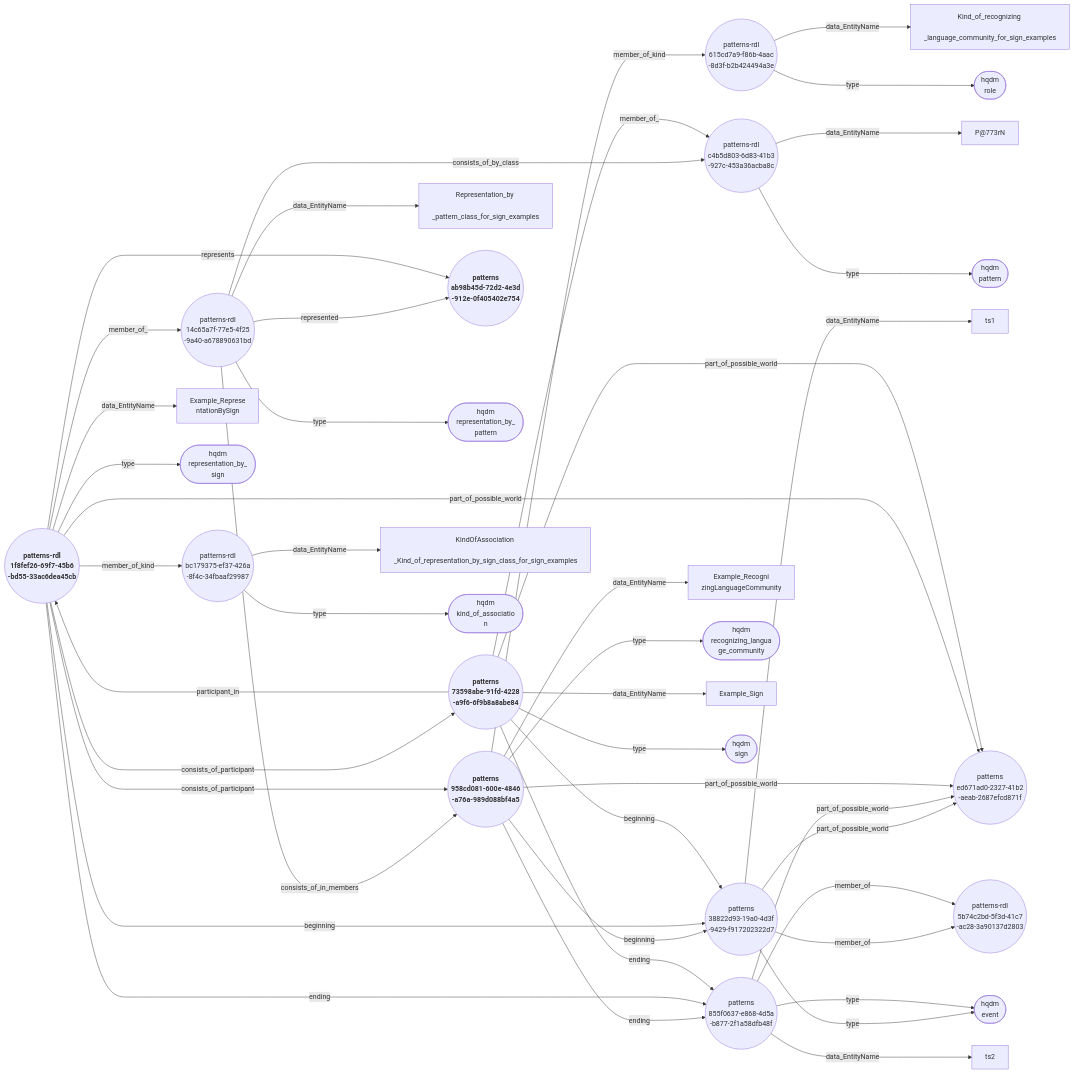
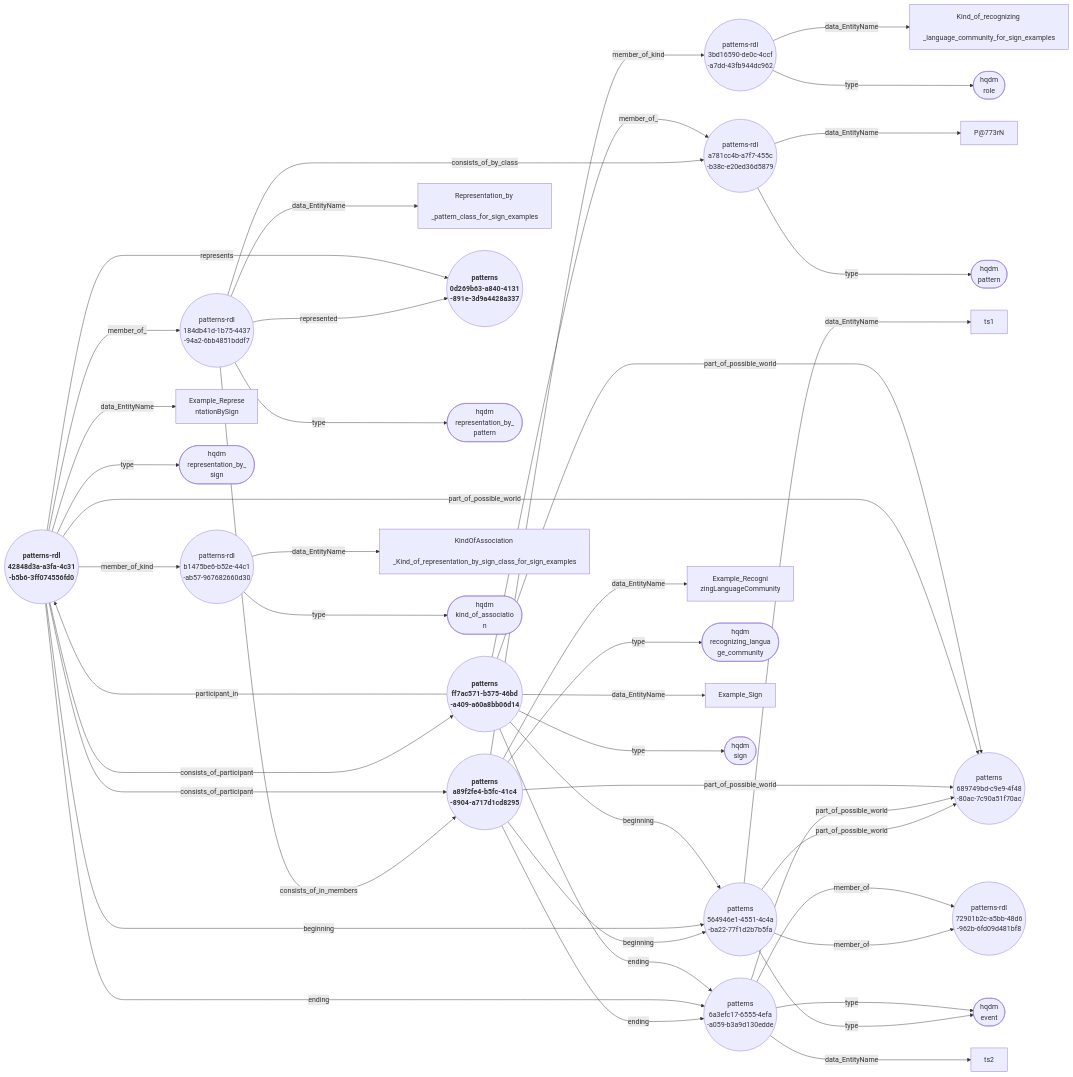
The diagram in docs/extras/example-files/genericRepresentationBySignAndParticipantsFullNodeEdgeGraph.mermaid (ClimbingAl/HqdmPatterns), drawn with Mermaid before and after one commit. The commit also changed 56 other files, not shown here.

Commit message:
System additions prior to adding stviewer-generated spacetime charts.

````diff
--- a/docs/extras/example-files/genericRepresentationBySignAndParticipantsFullNodeEdgeGraph.mermaid
+++ b/docs/extras/example-files/genericRepresentationBySignAndParticipantsFullNodeEdgeGraph.mermaid
@@ -1,45 +1,45 @@
 ``` mermaid
 graph LR
-  c4b5d803-6d83-41b3-927c-453a36acba8c(("patterns-rdl <br> c4b5d803-6d83-41b3 <br> -927c-453a36acba8c"))--->|"data_EntityName"|Pa773rN["P@773rN"];
-  c4b5d803-6d83-41b3-927c-453a36acba8c(("patterns-rdl <br> c4b5d803-6d83-41b3 <br> -927c-453a36acba8c"))--->|"type"|pattern(["hqdm <br> pattern"]);
-  615cd7a9-f86b-4aac-8d3f-b2b424494a3e(("patterns-rdl <br> 615cd7a9-f86b-4aac <br> -8d3f-b2b424494a3e"))--->|"data_EntityName"|Kind_of_recognizing_language_community_for_sign_examples["Kind_of_recognizing <br> _language_community_for_sign_examples"];
-  615cd7a9-f86b-4aac-8d3f-b2b424494a3e(("patterns-rdl <br> 615cd7a9-f86b-4aac <br> -8d3f-b2b424494a3e"))--->|"type"|role(["hqdm <br> role"]);
-  38822d93-19a0-4d3f-9429-f917202322d7(("patterns <br> 38822d93-19a0-4d3f <br> -9429-f917202322d7"))--->|"part_of_possible_world"|ed671ad0-2327-41b2-aeab-2687efcd871f(("patterns <br> ed671ad0-2327-41b2 <br> -aeab-2687efcd871f"));
-  38822d93-19a0-4d3f-9429-f917202322d7(("patterns <br> 38822d93-19a0-4d3f <br> -9429-f917202322d7"))--->|"member_of"|5b74c2bd-5f3d-41c7-ac28-3a90137d2803(("patterns-rdl <br> 5b74c2bd-5f3d-41c7 <br> -ac28-3a90137d2803"));
-  38822d93-19a0-4d3f-9429-f917202322d7(("patterns <br> 38822d93-19a0-4d3f <br> -9429-f917202322d7"))--->|"data_EntityName"|ts1["ts1"];
-  38822d93-19a0-4d3f-9429-f917202322d7(("patterns <br> 38822d93-19a0-4d3f <br> -9429-f917202322d7"))--->|"type"|event(["hqdm <br> event"]);
-  855f0637-e868-4d5a-b877-2f1a58dfb48f(("patterns <br> 855f0637-e868-4d5a <br> -b877-2f1a58dfb48f"))--->|"part_of_possible_world"|ed671ad0-2327-41b2-aeab-2687efcd871f(("patterns <br> ed671ad0-2327-41b2 <br> -aeab-2687efcd871f"));
-  855f0637-e868-4d5a-b877-2f1a58dfb48f(("patterns <br> 855f0637-e868-4d5a <br> -b877-2f1a58dfb48f"))--->|"member_of"|5b74c2bd-5f3d-41c7-ac28-3a90137d2803(("patterns-rdl <br> 5b74c2bd-5f3d-41c7 <br> -ac28-3a90137d2803"));
-  855f0637-e868-4d5a-b877-2f1a58dfb48f(("patterns <br> 855f0637-e868-4d5a <br> -b877-2f1a58dfb48f"))--->|"data_EntityName"|ts2["ts2"];
-  855f0637-e868-4d5a-b877-2f1a58dfb48f(("patterns <br> 855f0637-e868-4d5a <br> -b877-2f1a58dfb48f"))--->|"type"|event(["hqdm <br> event"]);
-  958cd081-600e-4846-a76a-989d088bf4a5(("<b> patterns <br> 958cd081-600e-4846 <br> -a76a-989d088bf4a5"))--->|"beginning"|38822d93-19a0-4d3f-9429-f917202322d7(("patterns <br> 38822d93-19a0-4d3f <br> -9429-f917202322d7"));
-  958cd081-600e-4846-a76a-989d088bf4a5(("<b> patterns <br> 958cd081-600e-4846 <br> -a76a-989d088bf4a5"))--->|"member_of_kind"|615cd7a9-f86b-4aac-8d3f-b2b424494a3e(("patterns-rdl <br> 615cd7a9-f86b-4aac <br> -8d3f-b2b424494a3e"));
-  958cd081-600e-4846-a76a-989d088bf4a5(("<b> patterns <br> 958cd081-600e-4846 <br> -a76a-989d088bf4a5"))--->|"part_of_possible_world"|ed671ad0-2327-41b2-aeab-2687efcd871f(("patterns <br> ed671ad0-2327-41b2 <br> -aeab-2687efcd871f"));
-  958cd081-600e-4846-a76a-989d088bf4a5(("<b> patterns <br> 958cd081-600e-4846 <br> -a76a-989d088bf4a5"))--->|"data_EntityName"|Example_RecognizingLanguageCommunity["Example_Recogni <br> zingLanguageCommunity"];
-  958cd081-600e-4846-a76a-989d088bf4a5(("<b> patterns <br> 958cd081-600e-4846 <br> -a76a-989d088bf4a5"))--->|"ending"|855f0637-e868-4d5a-b877-2f1a58dfb48f(("patterns <br> 855f0637-e868-4d5a <br> -b877-2f1a58dfb48f"));
-  958cd081-600e-4846-a76a-989d088bf4a5(("<b> patterns <br> 958cd081-600e-4846 <br> -a76a-989d088bf4a5"))--->|"type"|recognizing_language_community(["hqdm <br> recognizing_langua <br> ge_community"]);
-  14c65a7f-77e5-4f25-9a40-a678890631bd(("patterns-rdl <br> 14c65a7f-77e5-4f25 <br> -9a40-a678890631bd"))--->|"consists_of_by_class"|c4b5d803-6d83-41b3-927c-453a36acba8c(("patterns-rdl <br> c4b5d803-6d83-41b3 <br> -927c-453a36acba8c"));
-  14c65a7f-77e5-4f25-9a40-a678890631bd(("patterns-rdl <br> 14c65a7f-77e5-4f25 <br> -9a40-a678890631bd"))--->|"consists_of_in_members"|958cd081-600e-4846-a76a-989d088bf4a5(("<b> patterns <br> 958cd081-600e-4846 <br> -a76a-989d088bf4a5"));
-  14c65a7f-77e5-4f25-9a40-a678890631bd(("patterns-rdl <br> 14c65a7f-77e5-4f25 <br> -9a40-a678890631bd"))--->|"data_EntityName"|Representation_by_pattern_class_for_sign_examples["Representation_by <br> _pattern_class_for_sign_examples"];
-  14c65a7f-77e5-4f25-9a40-a678890631bd(("patterns-rdl <br> 14c65a7f-77e5-4f25 <br> -9a40-a678890631bd"))--->|"represented"|ab98b45d-72d2-4e3d-912e-0f405402e754(("<b> patterns <br> ab98b45d-72d2-4e3d <br> -912e-0f405402e754"));
-  14c65a7f-77e5-4f25-9a40-a678890631bd(("patterns-rdl <br> 14c65a7f-77e5-4f25 <br> -9a40-a678890631bd"))--->|"type"|representation_by_pattern(["hqdm <br> representation_by_ <br> pattern"]);
-  1f8fef26-69f7-45b6-bd55-33ac6dea45cb(("<b> patterns-rdl <br> 1f8fef26-69f7-45b6 <br> -bd55-33ac6dea45cb"))--->|"represents"|ab98b45d-72d2-4e3d-912e-0f405402e754(("<b> patterns <br> ab98b45d-72d2-4e3d <br> -912e-0f405402e754"));
-  1f8fef26-69f7-45b6-bd55-33ac6dea45cb(("<b> patterns-rdl <br> 1f8fef26-69f7-45b6 <br> -bd55-33ac6dea45cb"))--->|"member_of_"|14c65a7f-77e5-4f25-9a40-a678890631bd(("patterns-rdl <br> 14c65a7f-77e5-4f25 <br> -9a40-a678890631bd"));
-  1f8fef26-69f7-45b6-bd55-33ac6dea45cb(("<b> patterns-rdl <br> 1f8fef26-69f7-45b6 <br> -bd55-33ac6dea45cb"))--->|"beginning"|38822d93-19a0-4d3f-9429-f917202322d7(("patterns <br> 38822d93-19a0-4d3f <br> -9429-f917202322d7"));
-  1f8fef26-69f7-45b6-bd55-33ac6dea45cb(("<b> patterns-rdl <br> 1f8fef26-69f7-45b6 <br> -bd55-33ac6dea45cb"))--->|"member_of_kind"|bc179375-ef37-426a-8f4c-34fbaaf29987(("patterns-rdl <br> bc179375-ef37-426a <br> -8f4c-34fbaaf29987"));
-  1f8fef26-69f7-45b6-bd55-33ac6dea45cb(("<b> patterns-rdl <br> 1f8fef26-69f7-45b6 <br> -bd55-33ac6dea45cb"))--->|"consists_of_participant"|73598abe-91fd-4228-a9f6-6f9b8a8abe84(("<b> patterns <br> 73598abe-91fd-4228 <br> -a9f6-6f9b8a8abe84"));
-  1f8fef26-69f7-45b6-bd55-33ac6dea45cb(("<b> patterns-rdl <br> 1f8fef26-69f7-45b6 <br> -bd55-33ac6dea45cb"))--->|"consists_of_participant"|958cd081-600e-4846-a76a-989d088bf4a5(("<b> patterns <br> 958cd081-600e-4846 <br> -a76a-989d088bf4a5"));
-  1f8fef26-69f7-45b6-bd55-33ac6dea45cb(("<b> patterns-rdl <br> 1f8fef26-69f7-45b6 <br> -bd55-33ac6dea45cb"))--->|"part_of_possible_world"|ed671ad0-2327-41b2-aeab-2687efcd871f(("patterns <br> ed671ad0-2327-41b2 <br> -aeab-2687efcd871f"));
-  1f8fef26-69f7-45b6-bd55-33ac6dea45cb(("<b> patterns-rdl <br> 1f8fef26-69f7-45b6 <br> -bd55-33ac6dea45cb"))--->|"data_EntityName"|Example_RepresentationBySign["Example_Represe <br> ntationBySign"];
-  1f8fef26-69f7-45b6-bd55-33ac6dea45cb(("<b> patterns-rdl <br> 1f8fef26-69f7-45b6 <br> -bd55-33ac6dea45cb"))--->|"ending"|855f0637-e868-4d5a-b877-2f1a58dfb48f(("patterns <br> 855f0637-e868-4d5a <br> -b877-2f1a58dfb48f"));
-  1f8fef26-69f7-45b6-bd55-33ac6dea45cb(("<b> patterns-rdl <br> 1f8fef26-69f7-45b6 <br> -bd55-33ac6dea45cb"))--->|"type"|representation_by_sign(["hqdm <br> representation_by_ <br> sign"]);
-  73598abe-91fd-4228-a9f6-6f9b8a8abe84(("<b> patterns <br> 73598abe-91fd-4228 <br> -a9f6-6f9b8a8abe84"))--->|"member_of_"|c4b5d803-6d83-41b3-927c-453a36acba8c(("patterns-rdl <br> c4b5d803-6d83-41b3 <br> -927c-453a36acba8c"));
-  73598abe-91fd-4228-a9f6-6f9b8a8abe84(("<b> patterns <br> 73598abe-91fd-4228 <br> -a9f6-6f9b8a8abe84"))--->|"beginning"|38822d93-19a0-4d3f-9429-f917202322d7(("patterns <br> 38822d93-19a0-4d3f <br> -9429-f917202322d7"));
-  73598abe-91fd-4228-a9f6-6f9b8a8abe84(("<b> patterns <br> 73598abe-91fd-4228 <br> -a9f6-6f9b8a8abe84"))--->|"part_of_possible_world"|ed671ad0-2327-41b2-aeab-2687efcd871f(("patterns <br> ed671ad0-2327-41b2 <br> -aeab-2687efcd871f"));
-  73598abe-91fd-4228-a9f6-6f9b8a8abe84(("<b> patterns <br> 73598abe-91fd-4228 <br> -a9f6-6f9b8a8abe84"))--->|"participant_in"|1f8fef26-69f7-45b6-bd55-33ac6dea45cb(("<b> patterns-rdl <br> 1f8fef26-69f7-45b6 <br> -bd55-33ac6dea45cb"));
-  73598abe-91fd-4228-a9f6-6f9b8a8abe84(("<b> patterns <br> 73598abe-91fd-4228 <br> -a9f6-6f9b8a8abe84"))--->|"data_EntityName"|Example_Sign["Example_Sign"];
-  73598abe-91fd-4228-a9f6-6f9b8a8abe84(("<b> patterns <br> 73598abe-91fd-4228 <br> -a9f6-6f9b8a8abe84"))--->|"ending"|855f0637-e868-4d5a-b877-2f1a58dfb48f(("patterns <br> 855f0637-e868-4d5a <br> -b877-2f1a58dfb48f"));
-  73598abe-91fd-4228-a9f6-6f9b8a8abe84(("<b> patterns <br> 73598abe-91fd-4228 <br> -a9f6-6f9b8a8abe84"))--->|"type"|sign(["hqdm <br> sign"]);
-  bc179375-ef37-426a-8f4c-34fbaaf29987(("patterns-rdl <br> bc179375-ef37-426a <br> -8f4c-34fbaaf29987"))--->|"data_EntityName"|KindOfAssociation_Kind_of_representation_by_sign_class_for_sign_examples["KindOfAssociation <br> _Kind_of_representation_by_sign_class_for_sign_examples"];
-  bc179375-ef37-426a-8f4c-34fbaaf29987(("patterns-rdl <br> bc179375-ef37-426a <br> -8f4c-34fbaaf29987"))--->|"type"|kind_of_association(["hqdm <br> kind_of_associatio <br> n"]);
+  a781cc4b-a7f7-455c-b38c-e20ed36d5879(("patterns-rdl <br> a781cc4b-a7f7-455c <br> -b38c-e20ed36d5879"))--->|"data_EntityName"|Pa773rN["P@773rN"];
+  a781cc4b-a7f7-455c-b38c-e20ed36d5879(("patterns-rdl <br> a781cc4b-a7f7-455c <br> -b38c-e20ed36d5879"))--->|"type"|pattern(["hqdm <br> pattern"]);
+  3bd16590-de0c-4ccf-a7dd-43fb944dc962(("patterns-rdl <br> 3bd16590-de0c-4ccf <br> -a7dd-43fb944dc962"))--->|"data_EntityName"|Kind_of_recognizing_language_community_for_sign_examples["Kind_of_recognizing <br> _language_community_for_sign_examples"];
+  3bd16590-de0c-4ccf-a7dd-43fb944dc962(("patterns-rdl <br> 3bd16590-de0c-4ccf <br> -a7dd-43fb944dc962"))--->|"type"|role(["hqdm <br> role"]);
+  564946e1-4551-4c4a-ba22-77f1d2b7b5fa(("patterns <br> 564946e1-4551-4c4a <br> -ba22-77f1d2b7b5fa"))--->|"part_of_possible_world"|689749bd-c9e9-4f48-80ac-7c90a51f70ac(("patterns <br> 689749bd-c9e9-4f48 <br> -80ac-7c90a51f70ac"));
+  564946e1-4551-4c4a-ba22-77f1d2b7b5fa(("patterns <br> 564946e1-4551-4c4a <br> -ba22-77f1d2b7b5fa"))--->|"member_of"|72901b2c-a5bb-48d6-962b-6fd09d481bf8(("patterns-rdl <br> 72901b2c-a5bb-48d6 <br> -962b-6fd09d481bf8"));
+  564946e1-4551-4c4a-ba22-77f1d2b7b5fa(("patterns <br> 564946e1-4551-4c4a <br> -ba22-77f1d2b7b5fa"))--->|"data_EntityName"|ts1["ts1"];
+  564946e1-4551-4c4a-ba22-77f1d2b7b5fa(("patterns <br> 564946e1-4551-4c4a <br> -ba22-77f1d2b7b5fa"))--->|"type"|event(["hqdm <br> event"]);
+  6a3efc17-6555-4efa-a059-b3a9d130edde(("patterns <br> 6a3efc17-6555-4efa <br> -a059-b3a9d130edde"))--->|"part_of_possible_world"|689749bd-c9e9-4f48-80ac-7c90a51f70ac(("patterns <br> 689749bd-c9e9-4f48 <br> -80ac-7c90a51f70ac"));
+  6a3efc17-6555-4efa-a059-b3a9d130edde(("patterns <br> 6a3efc17-6555-4efa <br> -a059-b3a9d130edde"))--->|"member_of"|72901b2c-a5bb-48d6-962b-6fd09d481bf8(("patterns-rdl <br> 72901b2c-a5bb-48d6 <br> -962b-6fd09d481bf8"));
+  6a3efc17-6555-4efa-a059-b3a9d130edde(("patterns <br> 6a3efc17-6555-4efa <br> -a059-b3a9d130edde"))--->|"data_EntityName"|ts2["ts2"];
+  6a3efc17-6555-4efa-a059-b3a9d130edde(("patterns <br> 6a3efc17-6555-4efa <br> -a059-b3a9d130edde"))--->|"type"|event(["hqdm <br> event"]);
+  a89f2fe4-b5fc-41c4-8904-a717d1cd8295(("<b> patterns <br> a89f2fe4-b5fc-41c4 <br> -8904-a717d1cd8295"))--->|"beginning"|564946e1-4551-4c4a-ba22-77f1d2b7b5fa(("patterns <br> 564946e1-4551-4c4a <br> -ba22-77f1d2b7b5fa"));
+  a89f2fe4-b5fc-41c4-8904-a717d1cd8295(("<b> patterns <br> a89f2fe4-b5fc-41c4 <br> -8904-a717d1cd8295"))--->|"member_of_kind"|3bd16590-de0c-4ccf-a7dd-43fb944dc962(("patterns-rdl <br> 3bd16590-de0c-4ccf <br> -a7dd-43fb944dc962"));
+  a89f2fe4-b5fc-41c4-8904-a717d1cd8295(("<b> patterns <br> a89f2fe4-b5fc-41c4 <br> -8904-a717d1cd8295"))--->|"part_of_possible_world"|689749bd-c9e9-4f48-80ac-7c90a51f70ac(("patterns <br> 689749bd-c9e9-4f48 <br> -80ac-7c90a51f70ac"));
+  a89f2fe4-b5fc-41c4-8904-a717d1cd8295(("<b> patterns <br> a89f2fe4-b5fc-41c4 <br> -8904-a717d1cd8295"))--->|"data_EntityName"|Example_RecognizingLanguageCommunity["Example_Recogni <br> zingLanguageCommunity"];
+  a89f2fe4-b5fc-41c4-8904-a717d1cd8295(("<b> patterns <br> a89f2fe4-b5fc-41c4 <br> -8904-a717d1cd8295"))--->|"ending"|6a3efc17-6555-4efa-a059-b3a9d130edde(("patterns <br> 6a3efc17-6555-4efa <br> -a059-b3a9d130edde"));
+  a89f2fe4-b5fc-41c4-8904-a717d1cd8295(("<b> patterns <br> a89f2fe4-b5fc-41c4 <br> -8904-a717d1cd8295"))--->|"type"|recognizing_language_community(["hqdm <br> recognizing_langua <br> ge_community"]);
+  184db41d-1b75-4437-94a2-6bb4851bddf7(("patterns-rdl <br> 184db41d-1b75-4437 <br> -94a2-6bb4851bddf7"))--->|"consists_of_by_class"|a781cc4b-a7f7-455c-b38c-e20ed36d5879(("patterns-rdl <br> a781cc4b-a7f7-455c <br> -b38c-e20ed36d5879"));
+  184db41d-1b75-4437-94a2-6bb4851bddf7(("patterns-rdl <br> 184db41d-1b75-4437 <br> -94a2-6bb4851bddf7"))--->|"consists_of_in_members"|a89f2fe4-b5fc-41c4-8904-a717d1cd8295(("<b> patterns <br> a89f2fe4-b5fc-41c4 <br> -8904-a717d1cd8295"));
+  184db41d-1b75-4437-94a2-6bb4851bddf7(("patterns-rdl <br> 184db41d-1b75-4437 <br> -94a2-6bb4851bddf7"))--->|"data_EntityName"|Representation_by_pattern_class_for_sign_examples["Representation_by <br> _pattern_class_for_sign_examples"];
+  184db41d-1b75-4437-94a2-6bb4851bddf7(("patterns-rdl <br> 184db41d-1b75-4437 <br> -94a2-6bb4851bddf7"))--->|"represented"|0d269b63-a840-4131-891e-3d9a4428a337(("<b> patterns <br> 0d269b63-a840-4131 <br> -891e-3d9a4428a337"));
+  184db41d-1b75-4437-94a2-6bb4851bddf7(("patterns-rdl <br> 184db41d-1b75-4437 <br> -94a2-6bb4851bddf7"))--->|"type"|representation_by_pattern(["hqdm <br> representation_by_ <br> pattern"]);
+  42848d3a-a3fa-4c31-b5b6-3ff074556fd0(("<b> patterns-rdl <br> 42848d3a-a3fa-4c31 <br> -b5b6-3ff074556fd0"))--->|"represents"|0d269b63-a840-4131-891e-3d9a4428a337(("<b> patterns <br> 0d269b63-a840-4131 <br> -891e-3d9a4428a337"));
+  42848d3a-a3fa-4c31-b5b6-3ff074556fd0(("<b> patterns-rdl <br> 42848d3a-a3fa-4c31 <br> -b5b6-3ff074556fd0"))--->|"member_of_"|184db41d-1b75-4437-94a2-6bb4851bddf7(("patterns-rdl <br> 184db41d-1b75-4437 <br> -94a2-6bb4851bddf7"));
+  42848d3a-a3fa-4c31-b5b6-3ff074556fd0(("<b> patterns-rdl <br> 42848d3a-a3fa-4c31 <br> -b5b6-3ff074556fd0"))--->|"beginning"|564946e1-4551-4c4a-ba22-77f1d2b7b5fa(("patterns <br> 564946e1-4551-4c4a <br> -ba22-77f1d2b7b5fa"));
+  42848d3a-a3fa-4c31-b5b6-3ff074556fd0(("<b> patterns-rdl <br> 42848d3a-a3fa-4c31 <br> -b5b6-3ff074556fd0"))--->|"member_of_kind"|b1475be6-b52e-44c1-ab57-967682660d30(("patterns-rdl <br> b1475be6-b52e-44c1 <br> -ab57-967682660d30"));
+  42848d3a-a3fa-4c31-b5b6-3ff074556fd0(("<b> patterns-rdl <br> 42848d3a-a3fa-4c31 <br> -b5b6-3ff074556fd0"))--->|"consists_of_participant"|a89f2fe4-b5fc-41c4-8904-a717d1cd8295(("<b> patterns <br> a89f2fe4-b5fc-41c4 <br> -8904-a717d1cd8295"));
+  42848d3a-a3fa-4c31-b5b6-3ff074556fd0(("<b> patterns-rdl <br> 42848d3a-a3fa-4c31 <br> -b5b6-3ff074556fd0"))--->|"consists_of_participant"|ff7ac571-b575-46bd-a409-a60a8bb06d14(("<b> patterns <br> ff7ac571-b575-46bd <br> -a409-a60a8bb06d14"));
+  42848d3a-a3fa-4c31-b5b6-3ff074556fd0(("<b> patterns-rdl <br> 42848d3a-a3fa-4c31 <br> -b5b6-3ff074556fd0"))--->|"part_of_possible_world"|689749bd-c9e9-4f48-80ac-7c90a51f70ac(("patterns <br> 689749bd-c9e9-4f48 <br> -80ac-7c90a51f70ac"));
+  42848d3a-a3fa-4c31-b5b6-3ff074556fd0(("<b> patterns-rdl <br> 42848d3a-a3fa-4c31 <br> -b5b6-3ff074556fd0"))--->|"data_EntityName"|Example_RepresentationBySign["Example_Represe <br> ntationBySign"];
+  42848d3a-a3fa-4c31-b5b6-3ff074556fd0(("<b> patterns-rdl <br> 42848d3a-a3fa-4c31 <br> -b5b6-3ff074556fd0"))--->|"ending"|6a3efc17-6555-4efa-a059-b3a9d130edde(("patterns <br> 6a3efc17-6555-4efa <br> -a059-b3a9d130edde"));
+  42848d3a-a3fa-4c31-b5b6-3ff074556fd0(("<b> patterns-rdl <br> 42848d3a-a3fa-4c31 <br> -b5b6-3ff074556fd0"))--->|"type"|representation_by_sign(["hqdm <br> representation_by_ <br> sign"]);
+  ff7ac571-b575-46bd-a409-a60a8bb06d14(("<b> patterns <br> ff7ac571-b575-46bd <br> -a409-a60a8bb06d14"))--->|"member_of_"|a781cc4b-a7f7-455c-b38c-e20ed36d5879(("patterns-rdl <br> a781cc4b-a7f7-455c <br> -b38c-e20ed36d5879"));
+  ff7ac571-b575-46bd-a409-a60a8bb06d14(("<b> patterns <br> ff7ac571-b575-46bd <br> -a409-a60a8bb06d14"))--->|"beginning"|564946e1-4551-4c4a-ba22-77f1d2b7b5fa(("patterns <br> 564946e1-4551-4c4a <br> -ba22-77f1d2b7b5fa"));
+  ff7ac571-b575-46bd-a409-a60a8bb06d14(("<b> patterns <br> ff7ac571-b575-46bd <br> -a409-a60a8bb06d14"))--->|"part_of_possible_world"|689749bd-c9e9-4f48-80ac-7c90a51f70ac(("patterns <br> 689749bd-c9e9-4f48 <br> -80ac-7c90a51f70ac"));
+  ff7ac571-b575-46bd-a409-a60a8bb06d14(("<b> patterns <br> ff7ac571-b575-46bd <br> -a409-a60a8bb06d14"))--->|"participant_in"|42848d3a-a3fa-4c31-b5b6-3ff074556fd0(("<b> patterns-rdl <br> 42848d3a-a3fa-4c31 <br> -b5b6-3ff074556fd0"));
+  ff7ac571-b575-46bd-a409-a60a8bb06d14(("<b> patterns <br> ff7ac571-b575-46bd <br> -a409-a60a8bb06d14"))--->|"data_EntityName"|Example_Sign["Example_Sign"];
+  ff7ac571-b575-46bd-a409-a60a8bb06d14(("<b> patterns <br> ff7ac571-b575-46bd <br> -a409-a60a8bb06d14"))--->|"ending"|6a3efc17-6555-4efa-a059-b3a9d130edde(("patterns <br> 6a3efc17-6555-4efa <br> -a059-b3a9d130edde"));
+  ff7ac571-b575-46bd-a409-a60a8bb06d14(("<b> patterns <br> ff7ac571-b575-46bd <br> -a409-a60a8bb06d14"))--->|"type"|sign(["hqdm <br> sign"]);
+  b1475be6-b52e-44c1-ab57-967682660d30(("patterns-rdl <br> b1475be6-b52e-44c1 <br> -ab57-967682660d30"))--->|"data_EntityName"|KindOfAssociation_Kind_of_representation_by_sign_class_for_sign_examples["KindOfAssociation <br> _Kind_of_representation_by_sign_class_for_sign_examples"];
+  b1475be6-b52e-44c1-ab57-967682660d30(("patterns-rdl <br> b1475be6-b52e-44c1 <br> -ab57-967682660d30"))--->|"type"|kind_of_association(["hqdm <br> kind_of_associatio <br> n"]);
 ```
````
